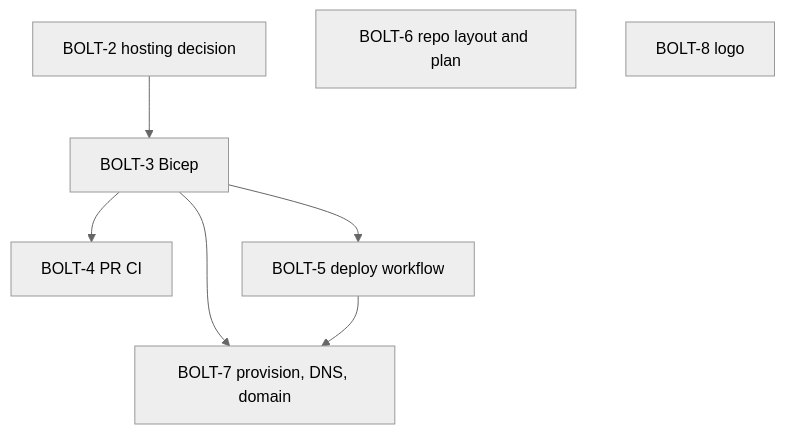
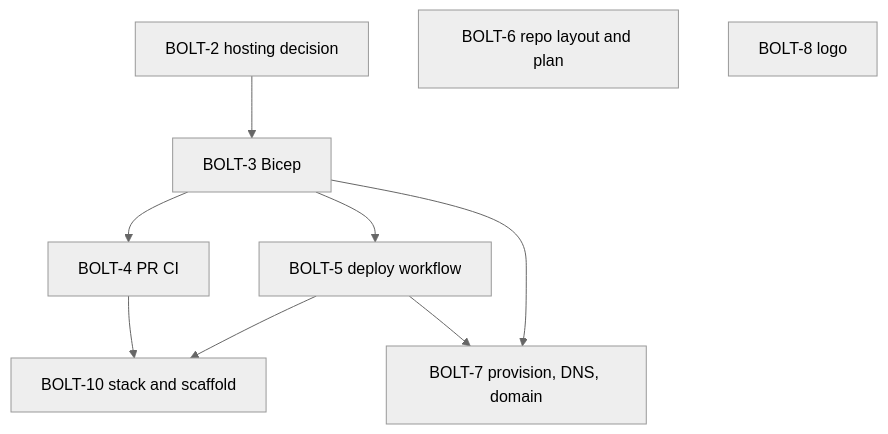
The diagram in docs/plan.md (henrique-meyer/boltclock), drawn with Mermaid (neutral theme) before and after one commit. The commit also changed other lines of this file and 22 other files, not shown here.

First line of the commit message:
BOLT-10 Choose Node and TypeScript and scaffold the app

````diff
--- a/docs/plan.md
+++ b/docs/plan.md
@@ -15,15 +15,18 @@
 ```mermaid
 flowchart TD
   s2[BOLT-2 hosting decision]
   s3[BOLT-3 Bicep]
   s4[BOLT-4 PR CI]
   s5[BOLT-5 deploy workflow]
   s6[BOLT-6 repo layout and plan]
   s7[BOLT-7 provision, DNS, domain]
   s8[BOLT-8 logo]
+  s10[BOLT-10 stack and scaffold]
   s2 --> s3
+  s4 --> s10
+  s5 --> s10
   s3 --> s4
   s3 --> s5
   s3 --> s7
   s5 --> s7
 ```
````
